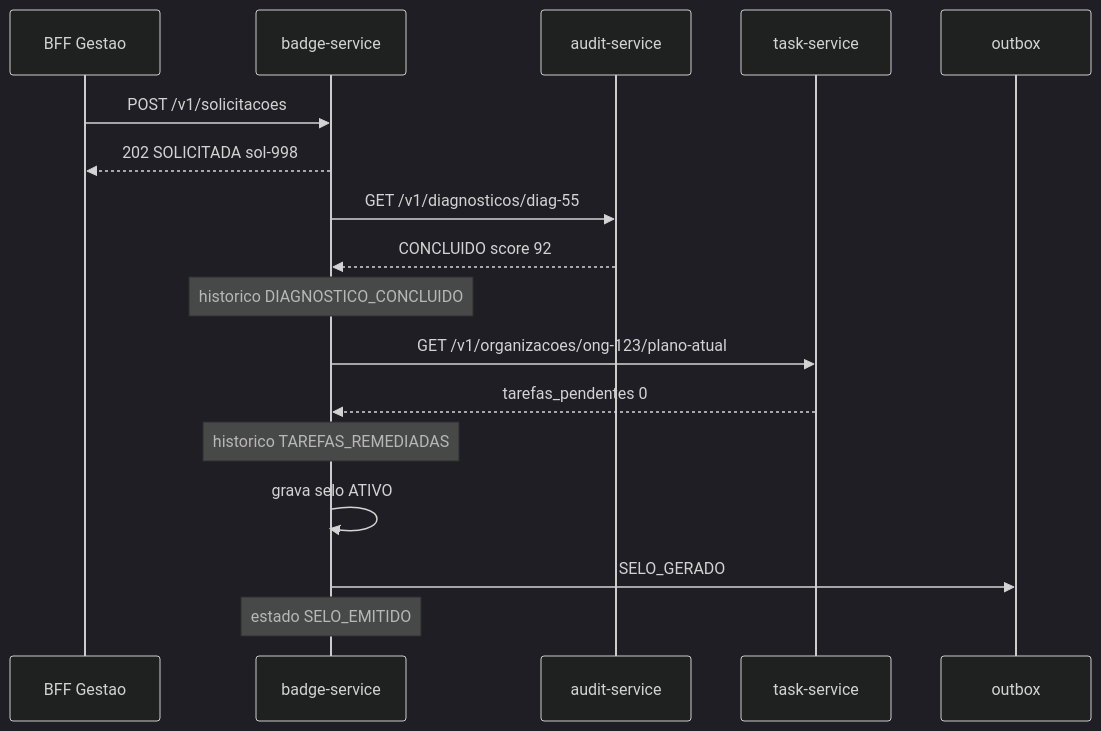
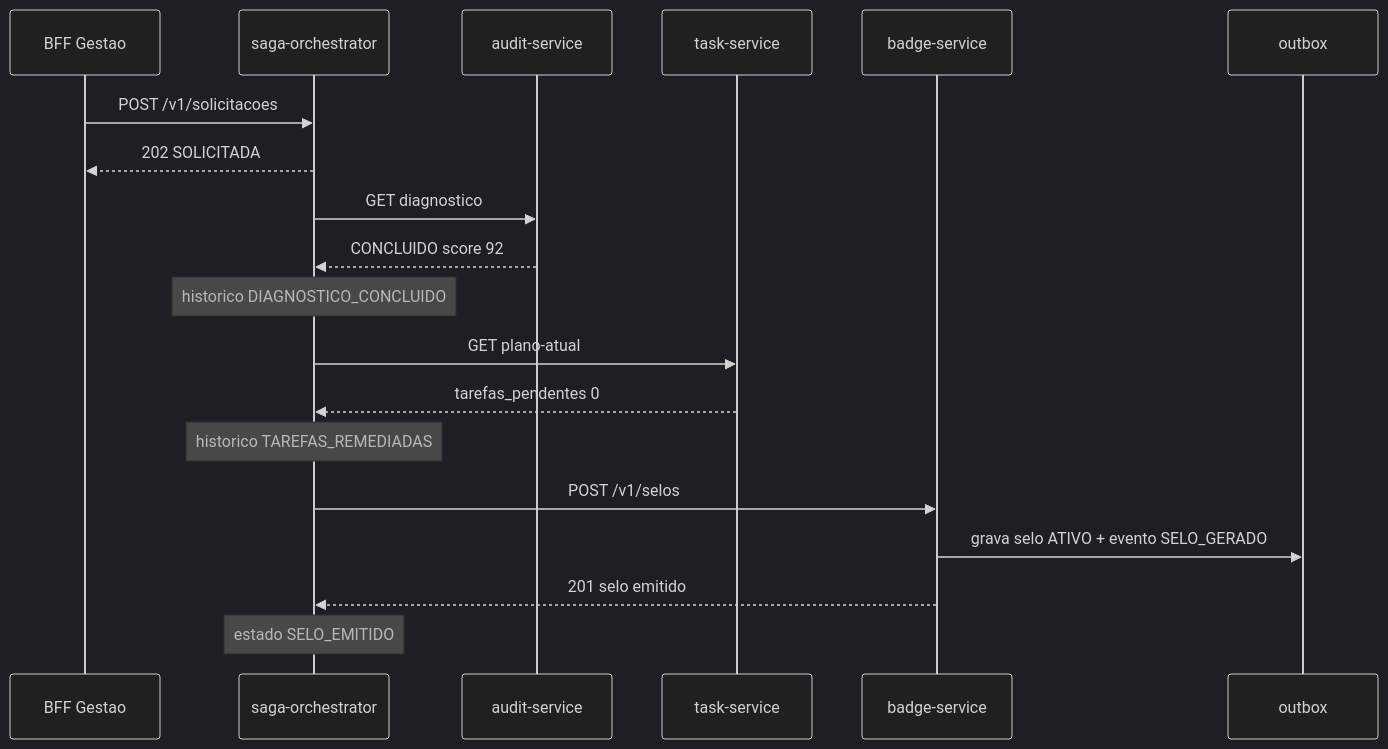
The first of 2 diagrams in docs/saga.md (nicolas-mtheus/gcc129-ongsec-neurabase), drawn with Mermaid (dark theme) before and after one commit. The commit also changed other lines of this file, not shown here.

Commit message:
docs: correção de erros nos diagramas

````diff
--- a/docs/saga.md
+++ b/docs/saga.md
@@ -58,20 +58,22 @@
 ```mermaid
 sequenceDiagram
     participant G as BFF Gestao
-    participant B as badge-service
+    participant S as saga-orchestrator
     participant A as audit-service
     participant T as task-service
+    participant B as badge-service
     participant O as outbox
 
-    G->>B: POST /v1/solicitacoes
-    B-->>G: 202 SOLICITADA sol-998
-    B->>A: GET /v1/diagnosticos/diag-55
-    A-->>B: CONCLUIDO score 92
-    Note over B: historico DIAGNOSTICO_CONCLUIDO
-    B->>T: GET /v1/organizacoes/ong-123/plano-atual
-    T-->>B: tarefas_pendentes 0
-    Note over B: historico TAREFAS_REMEDIADAS
-    B->>B: grava selo ATIVO
-    B->>O: SELO_GERADO
-    Note over B: estado SELO_EMITIDO
+    G->>S: POST /v1/solicitacoes
+    S-->>G: 202 SOLICITADA
+    S->>A: GET diagnostico
+    A-->>S: CONCLUIDO score 92
+    Note over S: historico DIAGNOSTICO_CONCLUIDO
+    S->>T: GET plano-atual
+    T-->>S: tarefas_pendentes 0
+    Note over S: historico TAREFAS_REMEDIADAS
+    S->>B: POST /v1/selos
+    B->>O: grava selo ATIVO + evento SELO_GERADO
+    B-->>S: 201 selo emitido
+    Note over S: estado SELO_EMITIDO
 ```
````
